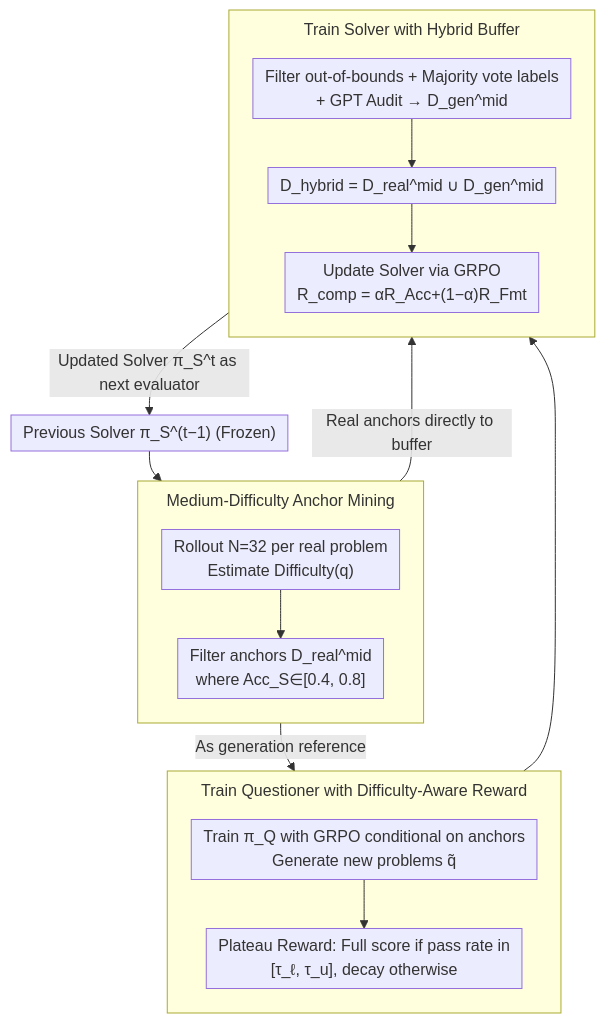
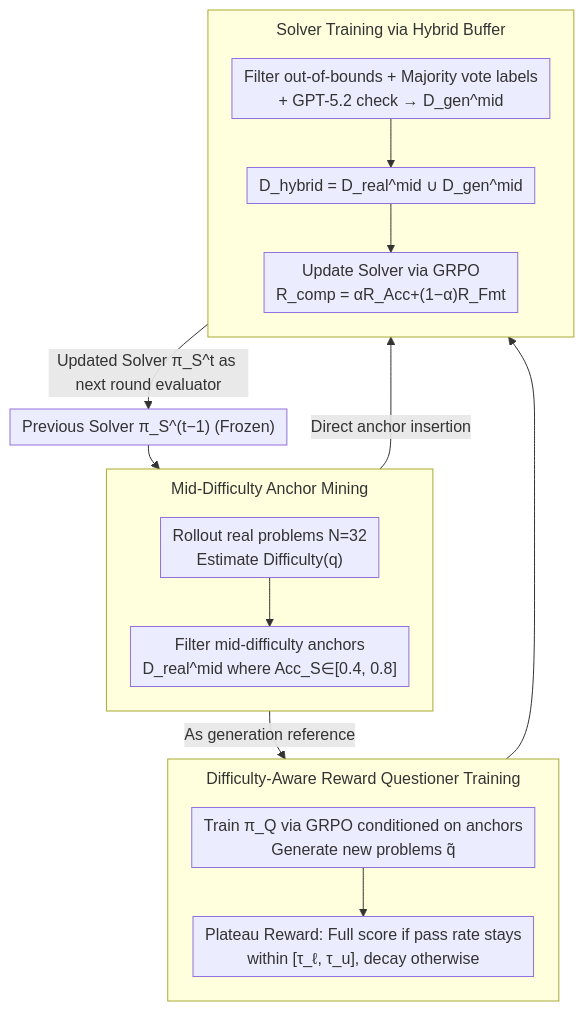
The diagram in docs/ICML2026/reinforcement_learning/d2evo_dual_difficulty-aware_self-evolution_for_data-efficient_reinforcement_lear.md (zhaoyang97/Paper-Notes-en), drawn with Mermaid before and after one commit. The commit also changed other lines of this file and 5084 other files, not shown here.

````diff
--- a/docs/ICML2026/reinforcement_learning/d2evo_dual_difficulty-aware_self-evolution_for_data-efficient_reinforcement_lear.md
+++ b/docs/ICML2026/reinforcement_learning/d2evo_dual_difficulty-aware_self-evolution_for_data-efficient_reinforcement_lear.md
@@ -50,22 +50,22 @@
 ```mermaid
 %%{init: {'flowchart': {'rankSpacing': 24, 'nodeSpacing': 28, 'padding': 6, 'wrappingWidth': 400, 'subGraphTitleMargin': {'top': 8, 'bottom': 16}}}}%%
 flowchart TD
     S0["Previous Solver π_S^(t−1) (Frozen)"] --> A
-    subgraph D1["Medium-Difficulty Anchor Mining"]
+    subgraph D1["Mid-Difficulty Anchor Mining"]
         direction TB
-        A["Rollout N=32 per real problem<br/>Estimate Difficulty(q)"] --> B["Filter anchors D_real^mid<br/>where Acc_S∈[0.4, 0.8]"]
+        A["Rollout real problems N=32<br/>Estimate Difficulty(q)"] --> B["Filter mid-difficulty anchors<br/>D_real^mid where Acc_S∈[0.4, 0.8]"]
     end
     B -->|As generation reference| Q
-    subgraph D2["Train Questioner with Difficulty-Aware Reward"]
+    subgraph D2["Difficulty-Aware Reward Questioner Training"]
         direction TB
-        Q["Train π_Q with GRPO conditional on anchors<br/>Generate new problems q̃"] --> R["Plateau Reward: Full score if pass rate in<br/>[τ_ℓ, τ_u], decay otherwise"]
+        Q["Train π_Q via GRPO conditioned on anchors<br/>Generate new problems q̃"] --> R["Plateau Reward: Full score if pass rate stays<br/>within [τ_ℓ, τ_u], decay otherwise"]
     end
     R --> F
-    subgraph D3["Train Solver with Hybrid Buffer"]
+    subgraph D3["Solver Training via Hybrid Buffer"]
         direction TB
-        F["Filter out-of-bounds + Majority vote labels<br/>+ GPT Audit → D_gen^mid"] --> H["D_hybrid = D_real^mid ∪ D_gen^mid"]
+        F["Filter out-of-bounds + Majority vote labels<br/>+ GPT-5.2 check → D_gen^mid"] --> H["D_hybrid = D_real^mid ∪ D_gen^mid"]
         H --> U["Update Solver via GRPO<br/>R_comp = αR_Acc+(1−α)R_Fmt"]
     end
-    B -->|Real anchors directly to buffer| H
-    U -->|"Updated Solver π_S^t as next evaluator"| S0
+    B -->|Direct anchor insertion| H
+    U -->|"Updated Solver π_S^t as next round evaluator"| S0
 ```
````
